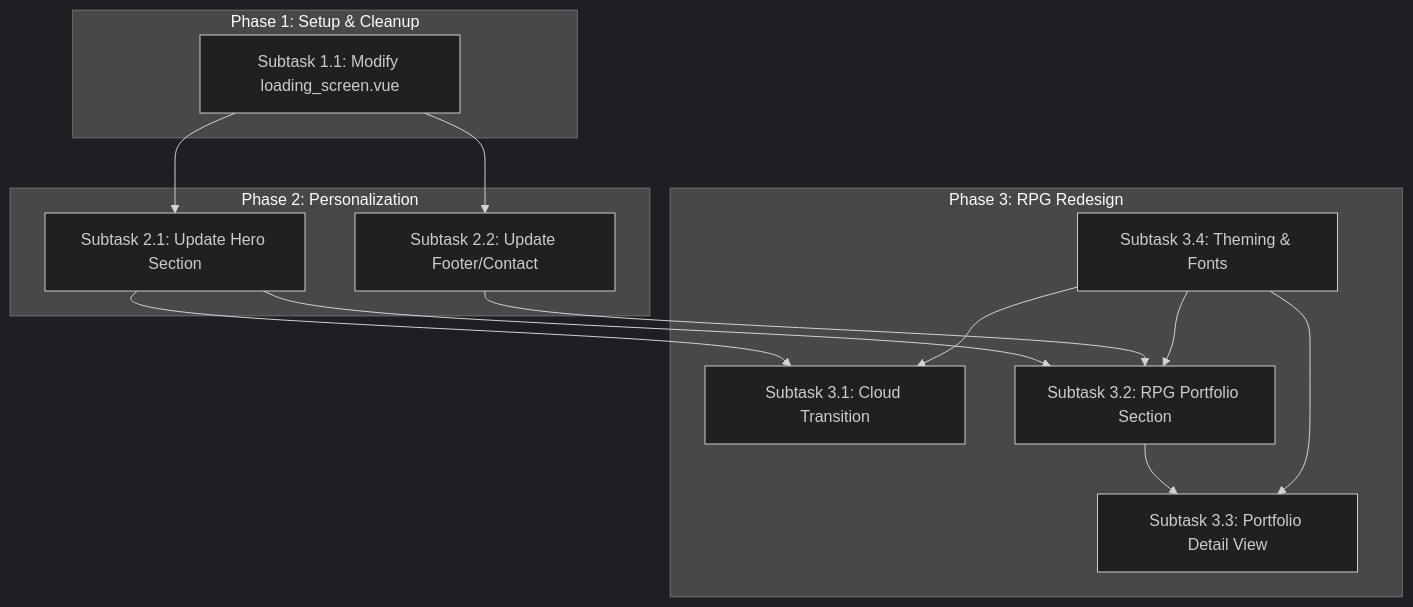
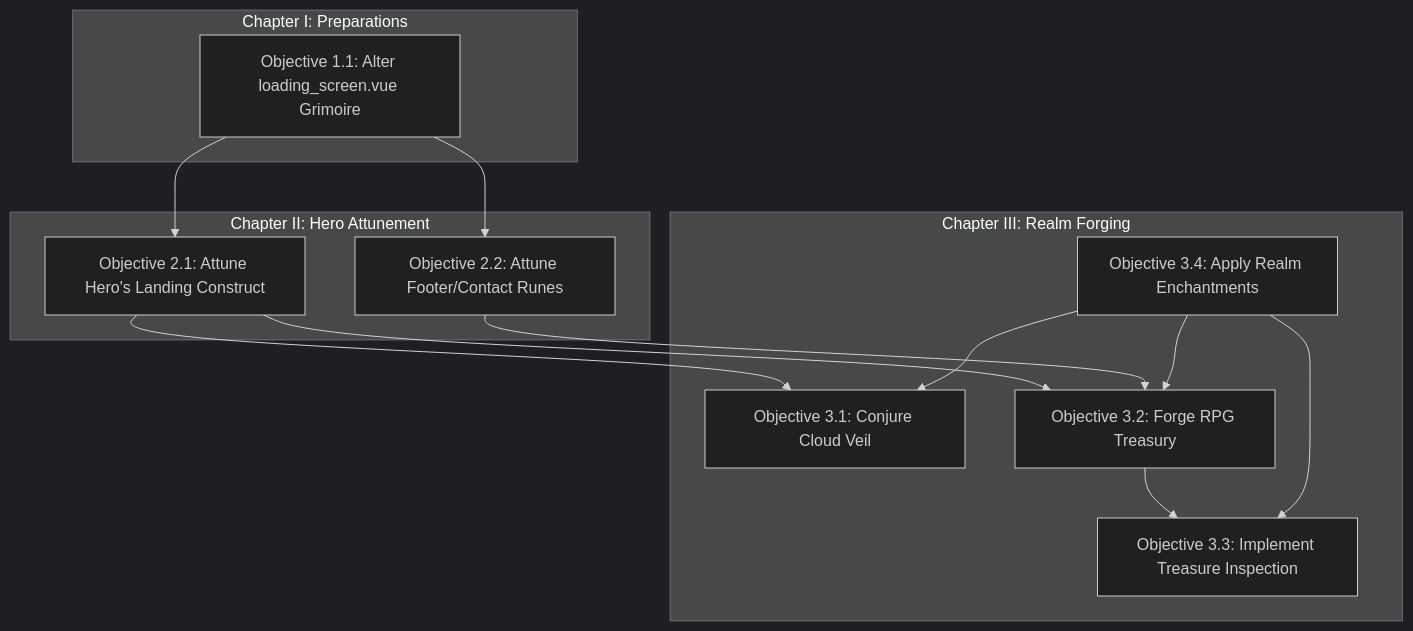
Before and after one commit to fatihaziz/fatihaziz.github.io: the diagram in docs/plan.md, drawn with Mermaid (dark theme). The commit also changed other lines of this file, not shown here.

First line of the commit message:
docs(plan): transform project plan to RPG theme

````diff
--- a/docs/plan.md
+++ b/docs/plan.md
@@ -92,33 +92,33 @@
 ```mermaid
 graph TD
-    subgraph "Phase 1: Setup & Cleanup"
-        T1_1[Subtask 1.1: Modify loading_screen.vue]
+    subgraph "Chapter I: Preparations"
+        Obj1_1[Objective 1.1: Alter loading_screen.vue Grimoire]
     end
 
-    subgraph "Phase 2: Personalization"
-        T2_1[Subtask 2.1: Update Hero Section]
-        T2_2[Subtask 2.2: Update Footer/Contact]
+    subgraph "Chapter II: Hero Attunement"
+        Obj2_1[Objective 2.1: Attune Hero's Landing Construct]
+        Obj2_2[Objective 2.2: Attune Footer/Contact Runes]
     end
 
-    subgraph "Phase 3: RPG Redesign"
-        T3_1[Subtask 3.1: Cloud Transition]
-        T3_2[Subtask 3.2: RPG Portfolio Section]
-        T3_3[Subtask 3.3: Portfolio Detail View]
-        T3_4[Subtask 3.4: Theming & Fonts]
+    subgraph "Chapter III: Realm Forging"
+        Obj3_1[Objective 3.1: Conjure Cloud Veil]
+        Obj3_2[Objective 3.2: Forge RPG Treasury]
+        Obj3_3[Objective 3.3: Implement Treasure Inspection]
+        Obj3_4[Objective 3.4: Apply Realm Enchantments]
     end
 
-    T1_1 --> T2_1;
-    T1_1 --> T2_2;
+    Obj1_1 --> Obj2_1;
+    Obj1_1 --> Obj2_2;
 
-    T2_1 --> T3_1;
-    T2_1 --> T3_2;
-    T2_2 --> T3_2;
+    Obj2_1 --> Obj3_1;
+    Obj2_1 --> Obj3_2;
+    Obj2_2 --> Obj3_2;
 
-    T3_2 --> T3_3;
+    Obj3_2 --> Obj3_3;
 
-    T3_4 --> T3_1;
-    T3_4 --> T3_2;
-    T3_4 --> T3_3;
+    Obj3_4 --> Obj3_1;
+    Obj3_4 --> Obj3_2;
+    Obj3_4 --> Obj3_3;
 
-    %% Styling affects most visual elements
+    %% Enchantments influence most visual artifacts
 ```
````
